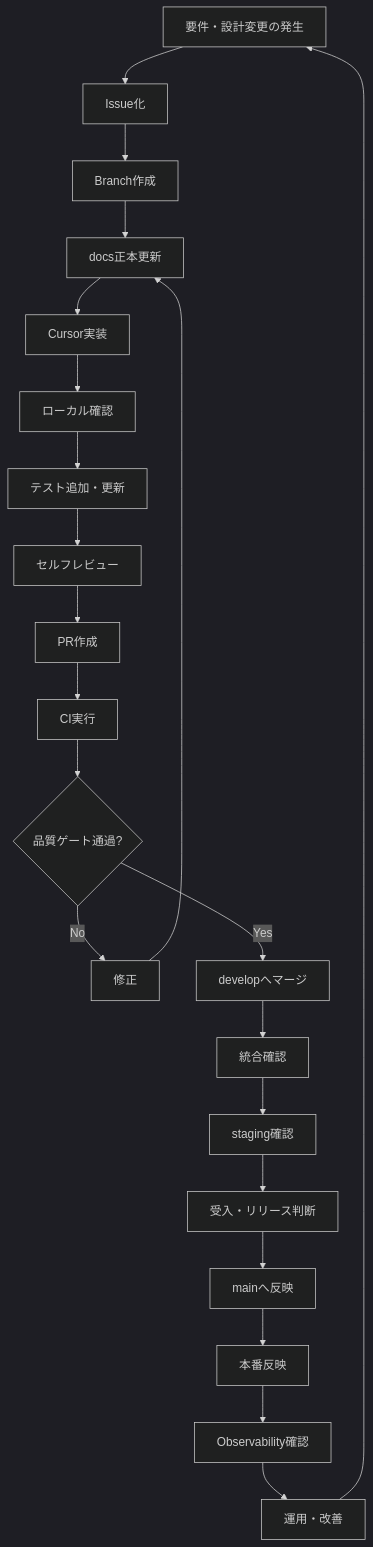
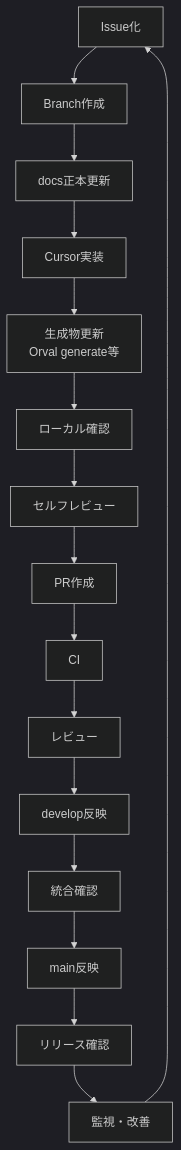
The first of 3 diagrams in docs/05_アプリケーション設計/共通/DevOps方針書.md (ryo-chan-k6/GiftRecommendAPP_MVP_CYCLE_3), drawn with Mermaid (dark theme) before and after one commit. The commit also changed other lines of this file, not shown here.

Commit message:
DevOps方針書を更新し、Gift Recommendation Service MVPの設計・開発・運用に関する方針を簡潔に整理。個人開発とAIエージェント活用を前提にした持続可能な開発運用の構築を目指し、開発スピードと品質の両立を強調。また、ドキュメントの構成を見直し、全体プロセスの可視化を図った。

````diff
--- a/docs/05_アプリケーション設計/共通/DevOps方針書.md
+++ b/docs/05_アプリケーション設計/共通/DevOps方針書.md
@@ -78,24 +97,18 @@
 ```mermaid
 flowchart TD
-    A[要件・設計変更の発生] --> B[Issue化]
-    B --> C[Branch作成]
-    C --> D[docs正本更新]
-    D --> E[Cursor実装]
-    E --> F[ローカル確認]
-    F --> G[テスト追加・更新]
-    G --> H[セルフレビュー]
-    H --> I[PR作成]
-    I --> J[CI実行]
-    J --> K{品質ゲート通過?}
-    K -- No --> L[修正]
-    L --> D
-    K -- Yes --> M[developへマージ]
-    M --> N[統合確認]
-    N --> O[staging確認]
-    O --> P[受入・リリース判断]
-    P --> Q[mainへ反映]
-    Q --> R[本番反映]
-    R --> S[Observability確認]
-    S --> T[運用・改善]
-    T --> A
+    A["Issue化"] --> B["Branch作成"]
+    B --> C["docs正本更新"]
+    C --> D["Cursor実装"]
+    D --> E["生成物更新<br/>Orval generate等"]
+    E --> F["ローカル確認"]
+    F --> G["セルフレビュー"]
+    G --> H["PR作成"]
+    H --> I["CI"]
+    I --> J["レビュー"]
+    J --> K["develop反映"]
+    K --> L["統合確認"]
+    L --> M["main反映"]
+    M --> N["リリース確認"]
+    N --> O["監視・改善"]
+    O --> A
 ```
````
